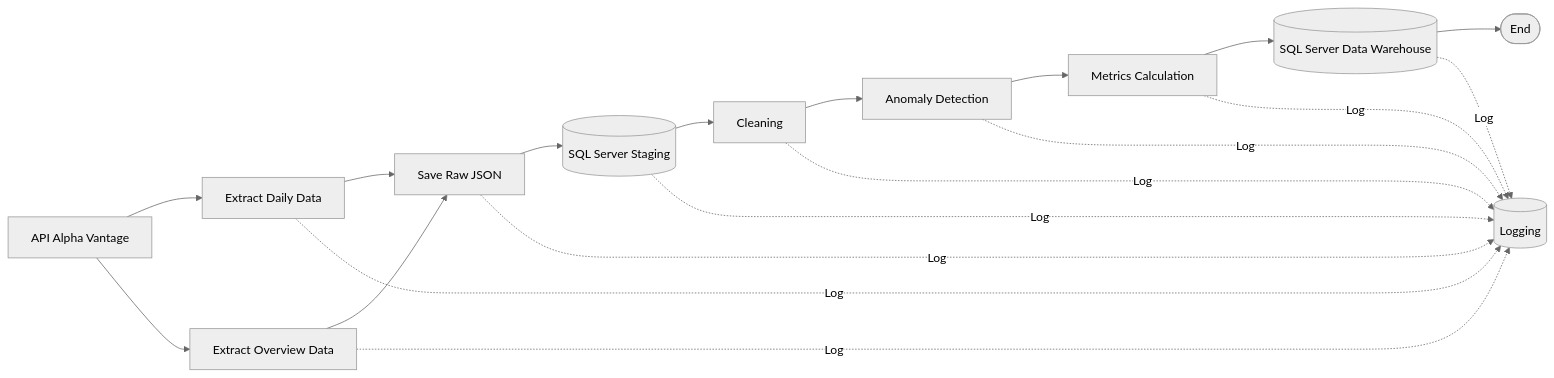
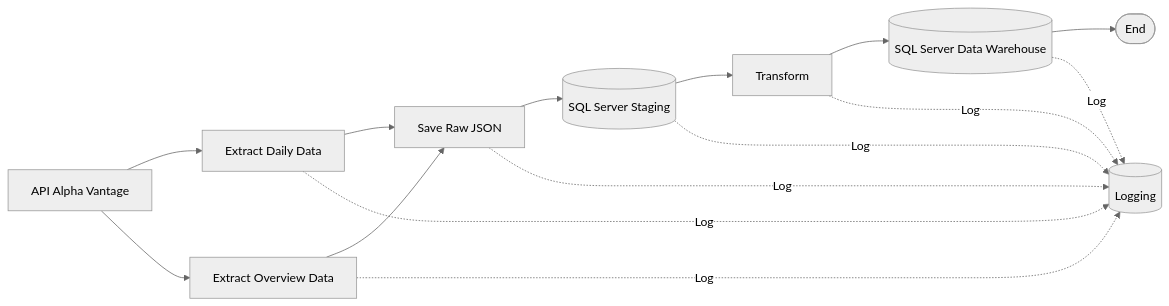
Before and after one commit to S-Raya/StockMarketDataPipeline: the diagram in dataFlow.md, drawn with Mermaid (neutral theme).

Commit message:
Modified data flow

````diff
--- a/dataFlow.md
+++ b/dataFlow.md
@@ -1,34 +1,28 @@
 ```mermaid
 flowchart LR
 
     A[API Alpha Vantage]
     B1[Extract Daily Data]
     B2[Extract Overview Data]
     C[Save Raw JSON]
     D[(SQL Server Staging)]
-    E[Cleaning]
-    F[Anomaly Detection]
-    G[Metrics Calculation]
+    E[Transform]
     H[(SQL Server Data Warehouse)]
     I([End])
 
     A --> B1
     A --> B2
     B1 --> C
     B2 --> C
     C --> D
     D --> E
-    E --> F
-    F --> G
-    G --> H
+    E --> H
     H --> I
 
     B1 -. Log .-> L[(Logging)]
     B2 -. Log .-> L
     C -. Log .-> L
     D -. Log .-> L
     E -. Log .-> L
-    F -. Log .-> L
-    G -. Log .-> L
     H -. Log .-> L
 ```
````
